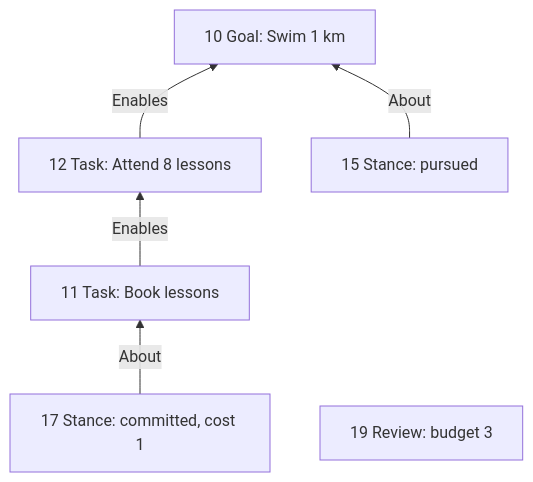
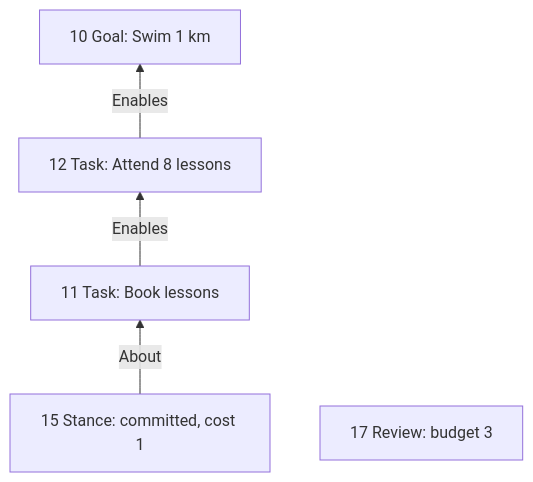
Before and after one commit to RezaOnGithub/lifecore: the first of 13 diagrams in docs/PLANNING-EXPLAINER.md, drawn with Mermaid. The commit also changed other lines of this file and 3 other files, not shown here.

````diff
--- a/docs/PLANNING-EXPLAINER.md
+++ b/docs/PLANNING-EXPLAINER.md
@@ -157,9 +144,8 @@
 ```mermaid
 flowchart BT
     G["10 Goal: Swim 1 km"]
     T1["11 Task: Book lessons"] -- Enables --> T2["12 Task: Attend 8 lessons"]
     T2 -- Enables --> G
-    S1["15 Stance: pursued"] -- About --> G
-    S2["17 Stance: committed, cost 1"] -- About --> T1
-    R1["19 Review: budget 3"]
+    S1["15 Stance: committed, cost 1"] -- About --> T1
+    R1["17 Review: budget 3"]
 ```
````
